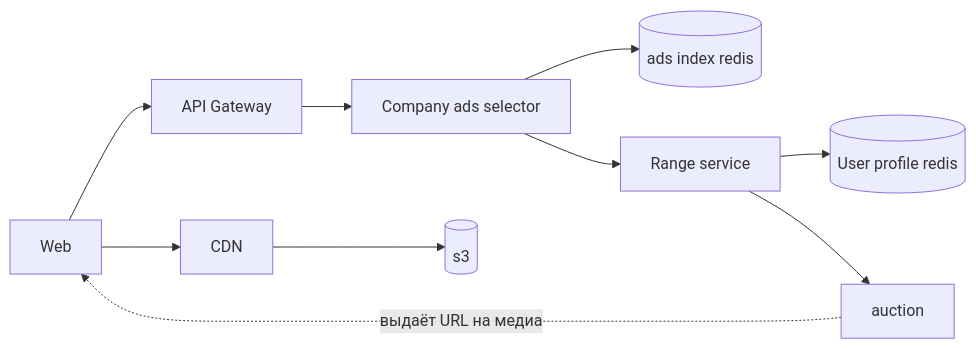
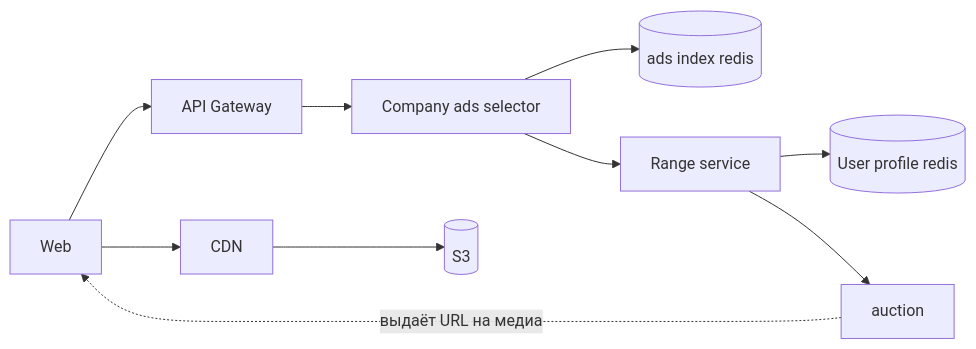
One commit to alexeyminay/system-design-hw changed the third of 3 diagrams in hw_01/solution/README.md. Above: the diagram before and after it, drawn with Mermaid. The commit also changed other lines of this file, not shown here.

````diff
--- a/hw_01/solution/README.md
+++ b/hw_01/solution/README.md
@@ -84,13 +84,13 @@
 ```mermaid
   flowchart LR
    client[Web] --> api[API Gateway]
    api --> selector[Company ads selector]
    selector --> ads_redis[(ads index redis)]
    selector --> range[Range service]
    range --> up_redis[(User profile redis)]
    range --> auction
    auction -. выдаёт URL на медиа .-> client
    
    client --> cdn[CDN]
-   cdn --> s3[(s3)]
+   cdn --> s3[(S3)]
 ```
````
